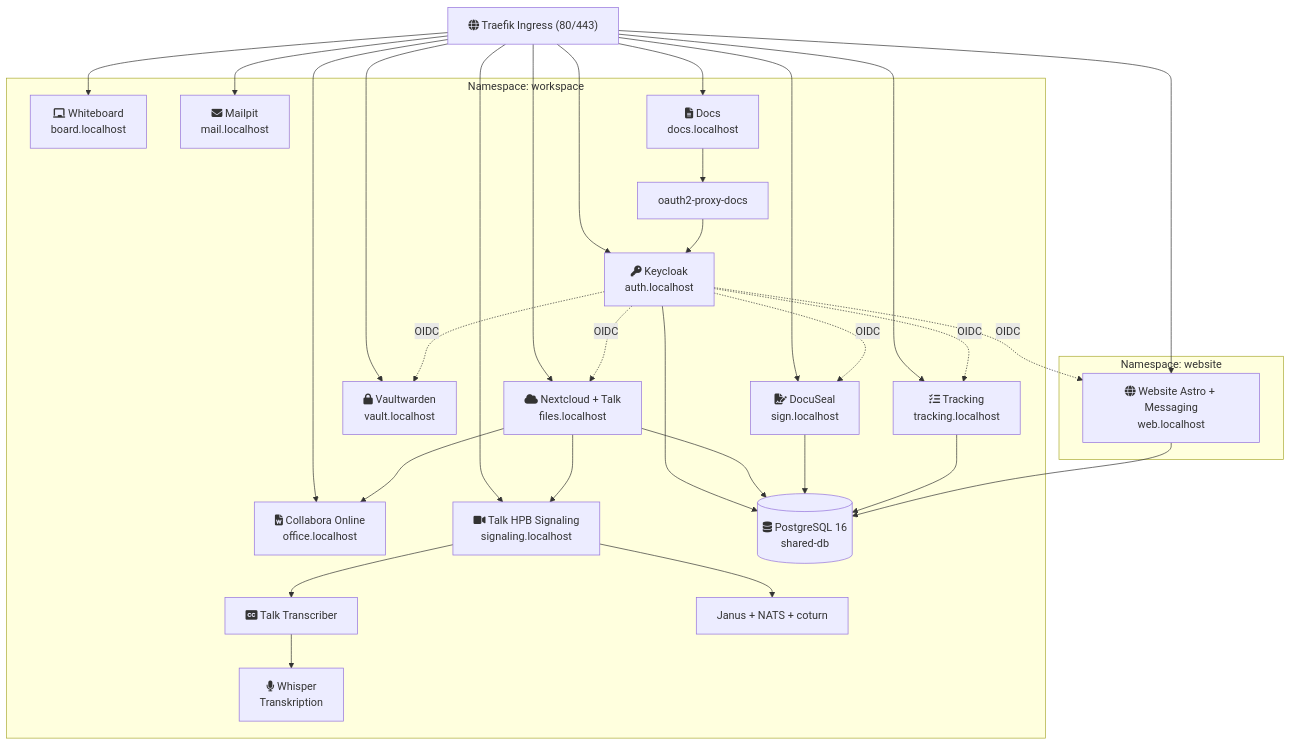
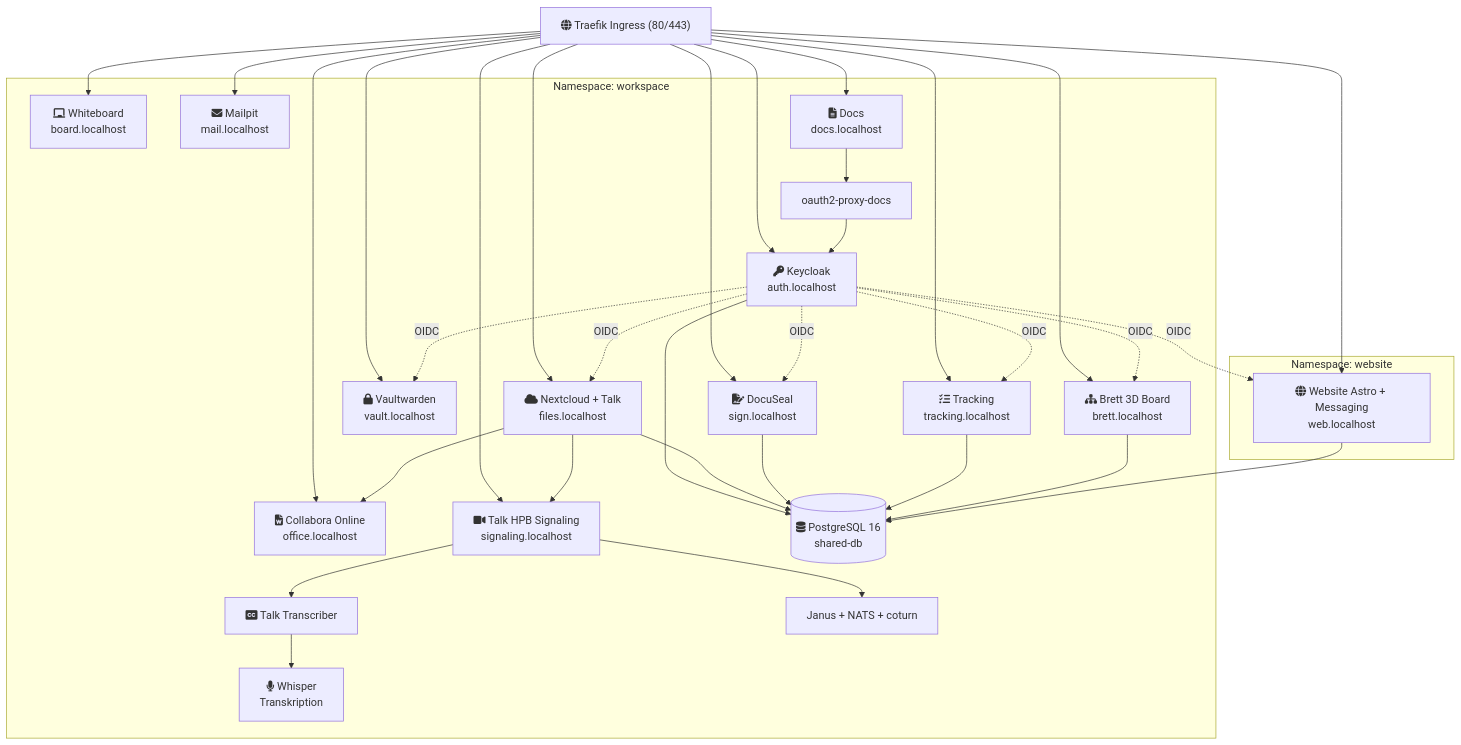
The diagram in CLAUDE.md (Paddione/Bachelorprojekt), drawn with Mermaid before and after one commit. The commit also changed other lines of this file, not shown here.

Commit message:
docs(CLAUDE.md): reflect current repo state — add brett, gemini, gpu-worker, docs:*, ha:*, sealed-secrets tasks; update diagram, key components, and test skip note

````diff
--- a/CLAUDE.md
+++ b/CLAUDE.md
@@ -132,37 +184,39 @@
 ```mermaid
 graph TB
     Traefik["fa:fa-globe Traefik Ingress (80/443)"]
 
     subgraph workspace ["Namespace: workspace"]
         KC["fa:fa-key Keycloak<br/>auth.localhost"]
         NC["fa:fa-cloud Nextcloud + Talk<br/>files.localhost"]
         CO["fa:fa-file-word Collabora Online<br/>office.localhost"]
         HPB["fa:fa-video Talk HPB Signaling<br/>signaling.localhost"]
         VW["fa:fa-lock Vaultwarden<br/>vault.localhost"]
         WB["fa:fa-chalkboard Whiteboard<br/>board.localhost"]
+        BRETT["fa:fa-sitemap Brett 3D Board<br/>brett.localhost"]
         MP["fa:fa-envelope Mailpit<br/>mail.localhost"]
         DOCS["fa:fa-file-lines Docs<br/>docs.localhost"]
         DS["fa:fa-file-signature DocuSeal<br/>sign.localhost"]
         TR["fa:fa-list-check Tracking<br/>tracking.localhost"]
         OAUTH2[oauth2-proxy-docs]
         WHISPER["fa:fa-microphone Whisper<br/>Transkription"]
         TRBOT["fa:fa-closed-captioning Talk Transcriber"]
         JANUS[Janus + NATS + coturn]
         DB[("fa:fa-database PostgreSQL 16<br/>shared-db")]
     end
 
     subgraph website-ns ["Namespace: website"]
         WEB["fa:fa-globe Website Astro + Messaging<br/>web.localhost"]
     end
 
-    Traefik --> KC & NC & CO & HPB & VW & WB & MP & DOCS & DS & TR & WEB
+    Traefik --> KC & NC & CO & HPB & VW & WB & BRETT & MP & DOCS & DS & TR & WEB
 
-    KC -. OIDC .-> NC & VW & WEB & DS & TR
+    KC -. OIDC .-> NC & VW & WEB & DS & TR & BRETT
     OAUTH2 --> KC
     DOCS --> OAUTH2
     NC --> CO
     NC --> HPB --> JANUS
     HPB --> TRBOT --> WHISPER
     KC & NC & DS & TR --> DB
+    BRETT --> DB
     WEB --> DB
 ```
````
